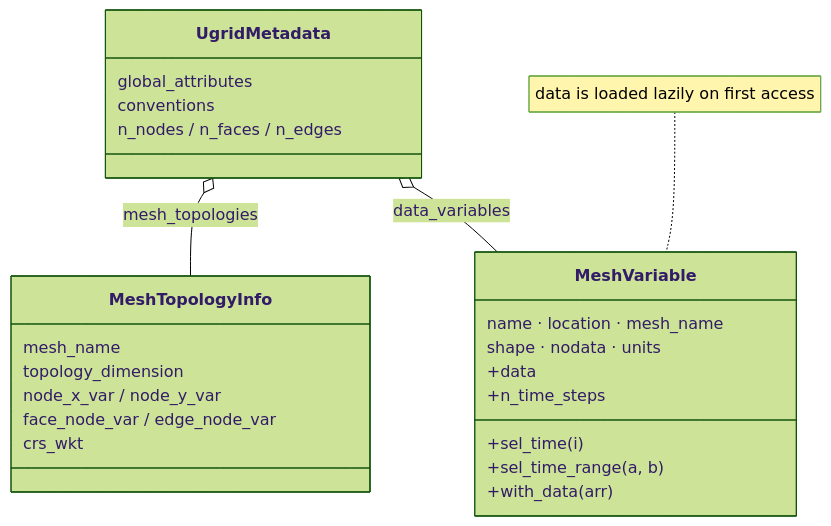
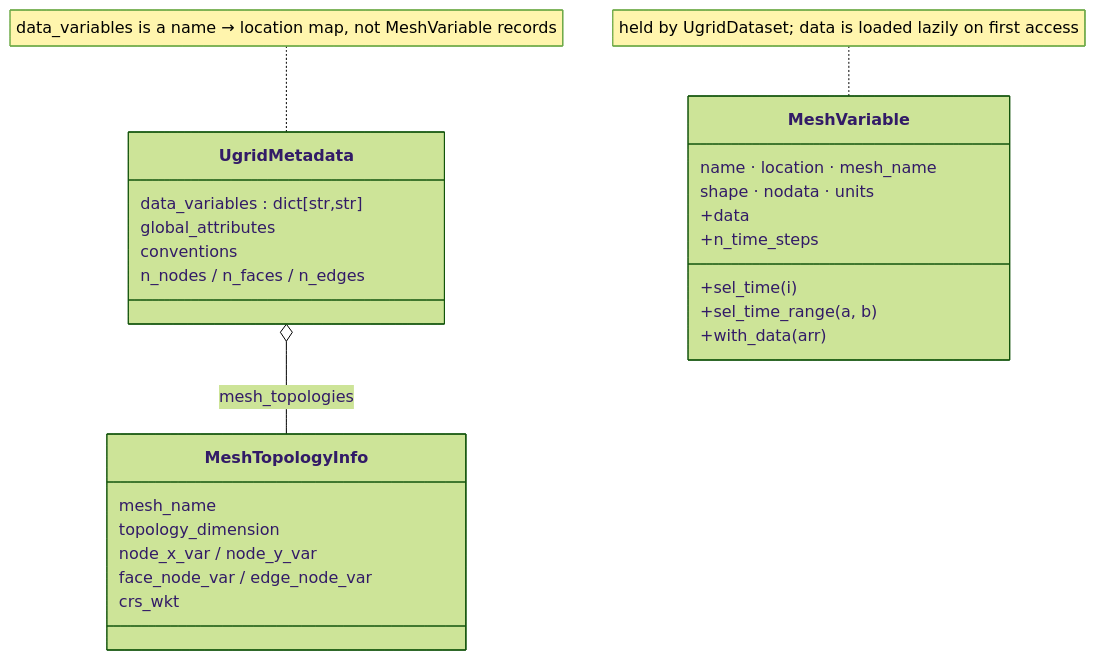
The diagram in docs/reference/netcdf/ugrid/models.md (serapeum-org/pyramids), drawn with Mermaid (forest theme) before and after one commit. The commit also changed other lines of this file, not shown here.

First line of the commit message:
docs(netcdf): fix UgridMetadata data_variables edge in the models diagram

````diff
--- a/docs/reference/netcdf/ugrid/models.md
+++ b/docs/reference/netcdf/ugrid/models.md
@@ -10,27 +12,28 @@
 ```mermaid
 classDiagram
     class UgridMetadata {
+      data_variables : dict[str,str]
       global_attributes
       conventions
       n_nodes / n_faces / n_edges
     }
     class MeshTopologyInfo {
       mesh_name
       topology_dimension
       node_x_var / node_y_var
       face_node_var / edge_node_var
       crs_wkt
     }
     class MeshVariable {
       name · location · mesh_name
       shape · nodata · units
       +data
       +n_time_steps
       +sel_time(i)
       +sel_time_range(a, b)
       +with_data(arr)
     }
     UgridMetadata o-- MeshTopologyInfo : mesh_topologies
-    UgridMetadata o-- MeshVariable : data_variables
-    note for MeshVariable "data is loaded lazily on first access"
+    note for UgridMetadata "data_variables is a name → location map, not MeshVariable records"
+    note for MeshVariable "held by UgridDataset; data is loaded lazily on first access"
 ```
````
